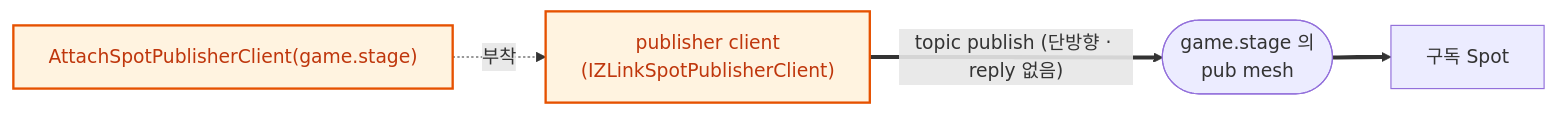
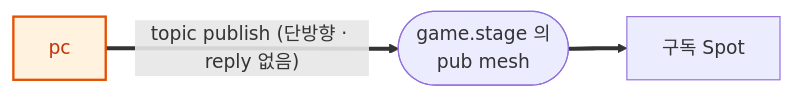
The sixth of 9 diagrams in framework/doc/framework/dotnet/guide/05-spot.ko.md (kairos-code-dev/zlink), drawn with Mermaid before and after one commit. The commit also changed other lines of this file and 410 other files, not shown here.

````diff
--- a/framework/doc/framework/dotnet/guide/05-spot.ko.md
+++ b/framework/doc/framework/dotnet/guide/05-spot.ko.md
@@ -199,7 +186,6 @@
 ```mermaid
 flowchart LR
-  f["AttachSpotPublisherClient(game.stage)"] -. 부착 .-> pc["publisher client<br/>(IZLinkSpotPublisherClient)"]
   pc ==>|"topic publish (단방향 · reply 없음)"| p(["game.stage 의<br/>pub mesh"]) ==> spot["구독 Spot"]
   classDef b fill:#fff3e0,stroke:#e65100,stroke-width:2px,color:#bf360c;
   class f,pc b;
 ```
````
